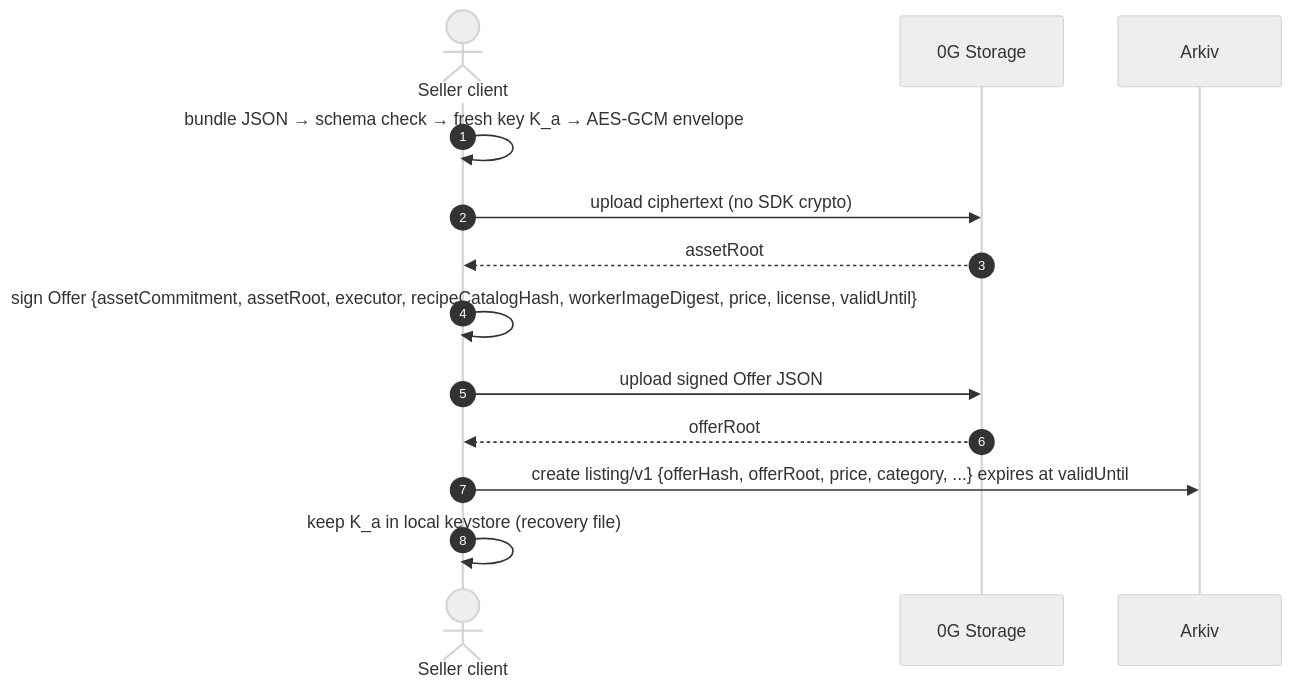
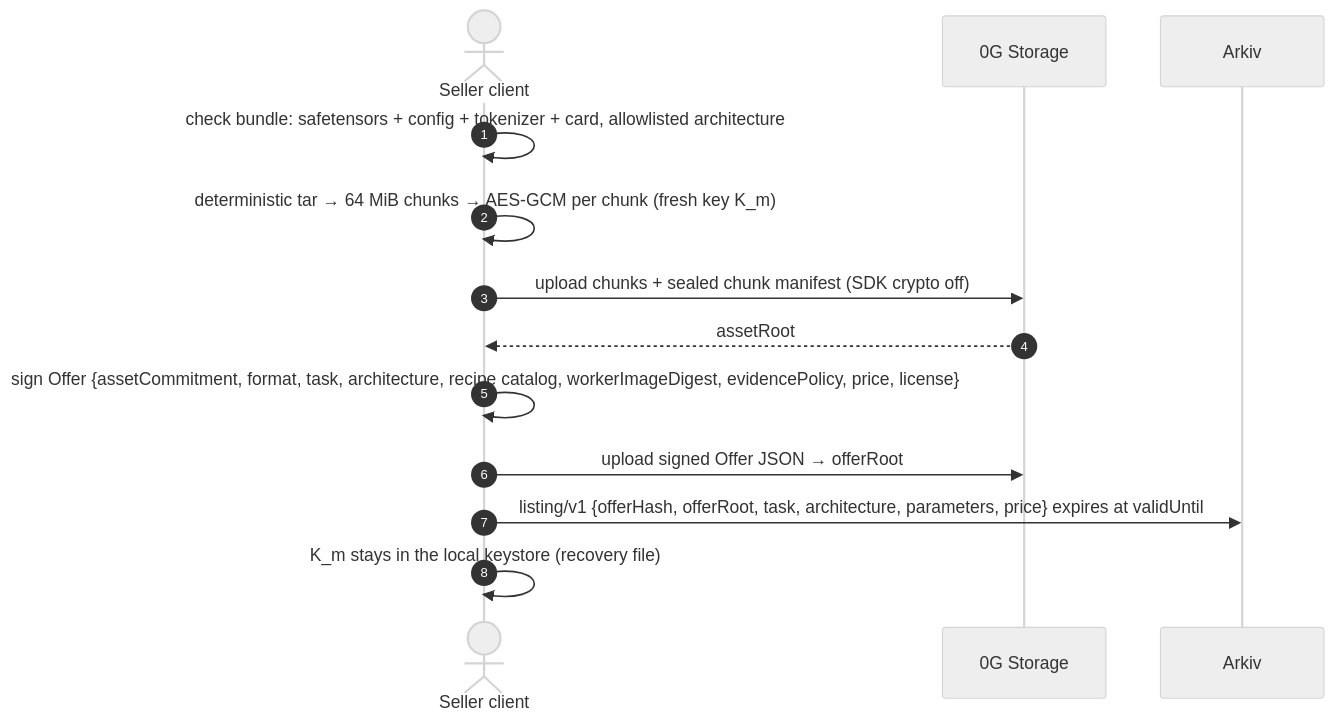
Before and after one commit to Soni-Shivam/Pivot_HTE: the fourth of 16 diagrams in docs/ARCHITECTURE.md, drawn with Mermaid (neutral theme). The commit also changed other lines of this file and 7 other files, not shown here.

````diff
--- a/docs/ARCHITECTURE.md
+++ b/docs/ARCHITECTURE.md
@@ -125,15 +122,15 @@
 ```mermaid
 sequenceDiagram
     autonumber
     actor S as Seller client
     participant ST as 0G Storage
     participant AK as Arkiv
-    S->>S: bundle JSON → schema check → fresh key K_a → AES-GCM envelope
-    S->>ST: upload ciphertext (no SDK crypto)
+    S->>S: check bundle: safetensors + config + tokenizer + card, allowlisted architecture
+    S->>S: deterministic tar → 64 MiB chunks → AES-GCM per chunk (fresh key K_m)
+    S->>ST: upload chunks + sealed chunk manifest (SDK crypto off)
     ST-->>S: assetRoot
-    S->>S: sign Offer {assetCommitment, assetRoot, executor, recipeCatalogHash, workerImageDigest, price, license, validUntil}
-    S->>ST: upload signed Offer JSON
-    ST-->>S: offerRoot
-    S->>AK: create listing/v1 {offerHash, offerRoot, price, category, ...} expires at validUntil
-    S->>S: keep K_a in local keystore (recovery file)
+    S->>S: sign Offer {assetCommitment, format, task, architecture, recipe catalog, workerImageDigest, evidencePolicy, price, license}
+    S->>ST: upload signed Offer JSON → offerRoot
+    S->>AK: listing/v1 {offerHash, offerRoot, task, architecture, parameters, price} expires at validUntil
+    S->>S: K_m stays in the local keystore (recovery file)
 ```
````
